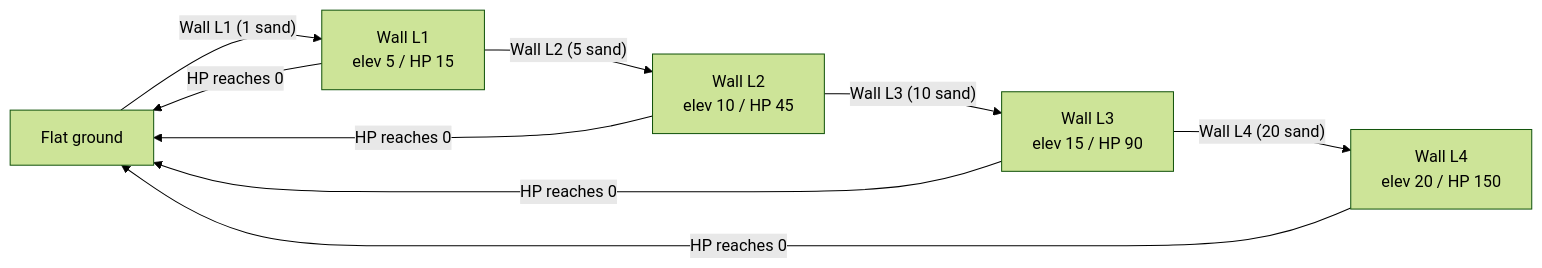
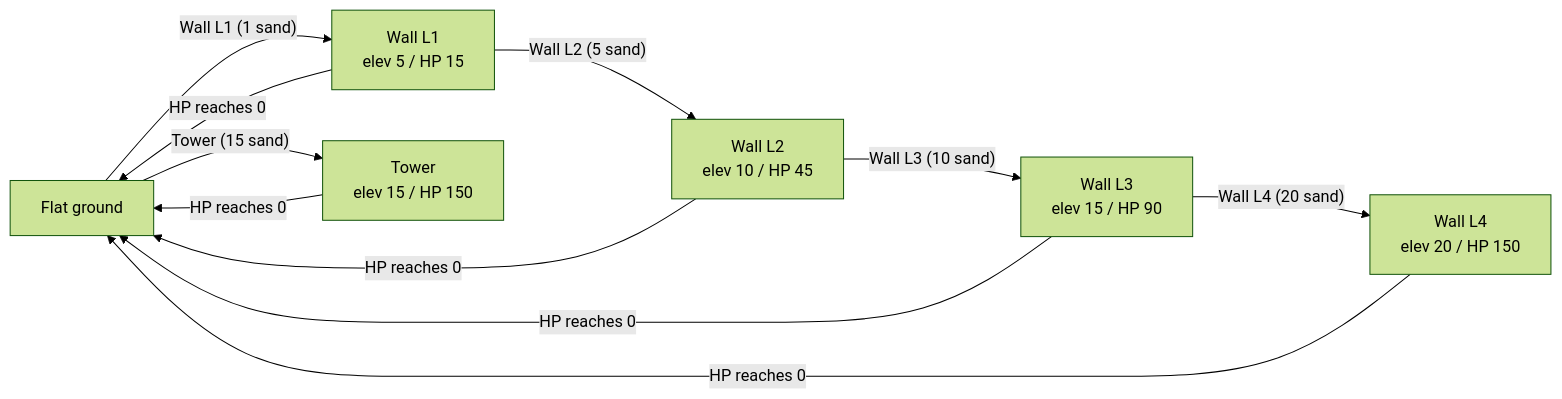
Before and after one commit to ryanquinn3/castle: the diagram in docs/gameplay.md, drawn with Mermaid (forest theme). The commit also changed other lines of this file and 16 other files, not shown here.

````diff
--- a/docs/gameplay.md
+++ b/docs/gameplay.md
@@ -41,11 +41,13 @@
 ```mermaid
 flowchart LR
     F[Flat ground] -->|"Wall L1 (1 sand)"| W1["Wall L1<br/>elev 5 / HP 15"]
     W1 -->|"Wall L2 (5 sand)"| W2["Wall L2<br/>elev 10 / HP 45"]
     W2 -->|"Wall L3 (10 sand)"| W3["Wall L3<br/>elev 15 / HP 90"]
     W3 -->|"Wall L4 (20 sand)"| W4["Wall L4<br/>elev 20 / HP 150"]
     W1 -->|"HP reaches 0"| F
     W2 -->|"HP reaches 0"| F
     W3 -->|"HP reaches 0"| F
     W4 -->|"HP reaches 0"| F
+    F -->|"Tower (15 sand)"| T["Tower<br/>elev 15 / HP 150"]
+    T -->|"HP reaches 0"| F
 ```
````
